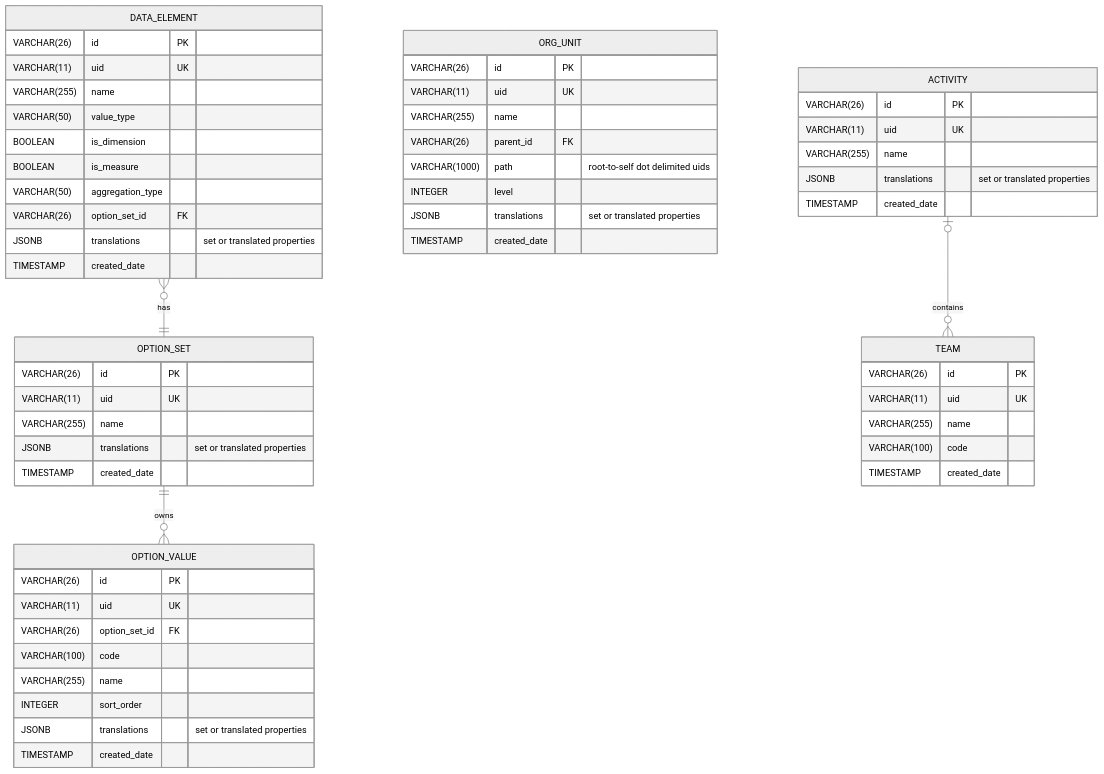
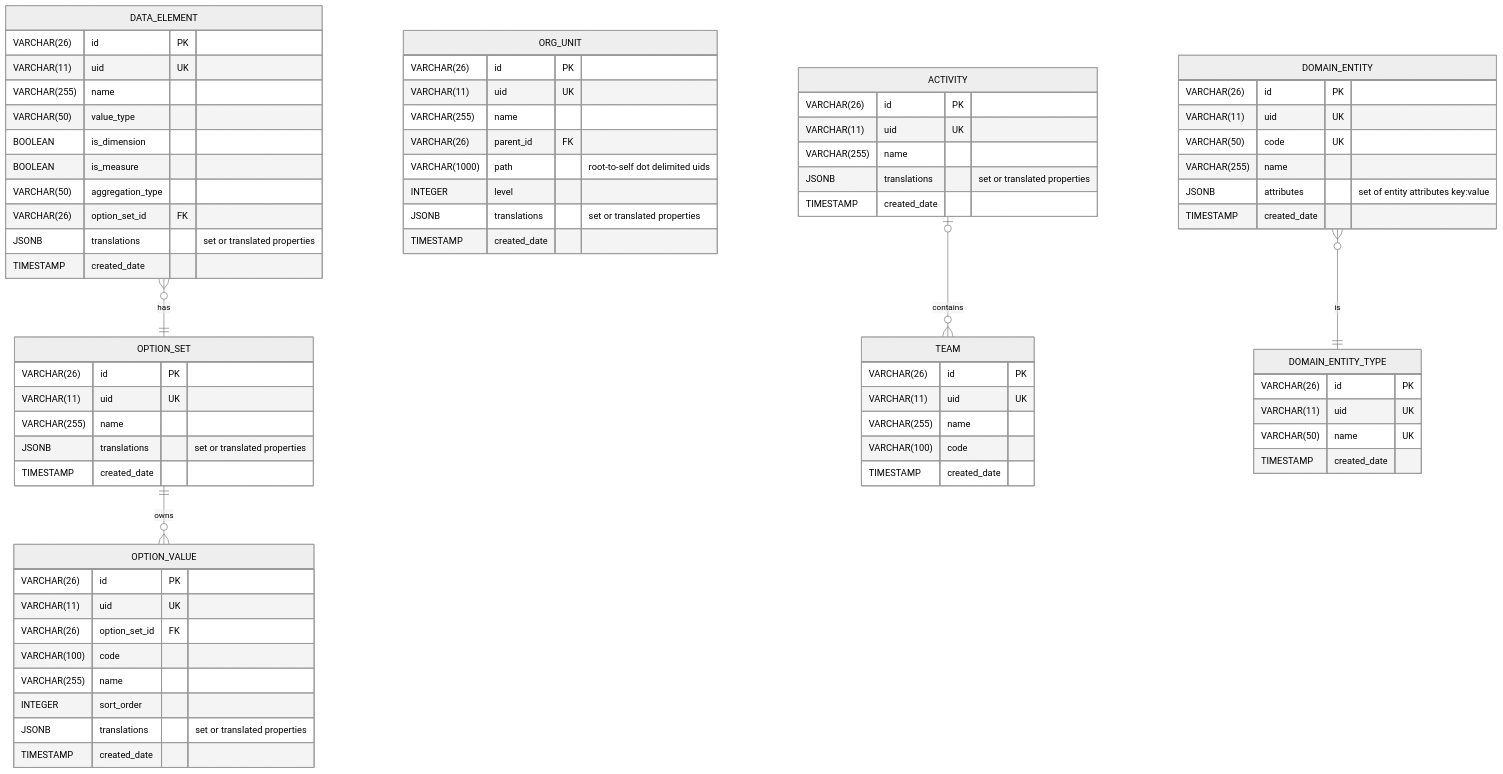
One commit to DataRun-ye/data-run-api changed the third of 5 diagrams in brainstorming-notes/datarun-analytics-grid/001-initial-project-status.md. Above: the diagram before and after it, drawn with Mermaid (neutral theme). The commit also changed other lines of this file and 137 other files, not shown here.

````diff
--- a/brainstorming-notes/datarun-analytics-grid/001-initial-project-status.md
+++ b/brainstorming-notes/datarun-analytics-grid/001-initial-project-status.md
@@ -90,65 +150,82 @@
 ```mermaid
 erDiagram
     DATA_ELEMENT {
         VARCHAR(26) id PK
         VARCHAR(11) uid UK
         VARCHAR(255) name
         VARCHAR(50) value_type
         BOOLEAN is_dimension
         BOOLEAN is_measure
         VARCHAR(50) aggregation_type
         VARCHAR(26) option_set_id FK
         JSONB translations "set or translated properties"
         TIMESTAMP created_date
     }
 
     OPTION_SET {
         VARCHAR(26) id PK
         VARCHAR(11) uid UK
         VARCHAR(255) name
         JSONB translations "set or translated properties"
         TIMESTAMP created_date
     }
 
     OPTION_VALUE {
         VARCHAR(26) id PK
         VARCHAR(11) uid UK
         VARCHAR(26) option_set_id FK
         VARCHAR(100) code
         VARCHAR(255) name
         INTEGER sort_order
         JSONB translations "set or translated properties"
         TIMESTAMP created_date
     }
 
     ORG_UNIT {
         VARCHAR(26) id PK
         VARCHAR(11) uid UK
         VARCHAR(255) name
         VARCHAR(26) parent_id FK
         VARCHAR(1000) path "root-to-self dot delimited uids"
         INTEGER level
         JSONB translations "set or translated properties"
         TIMESTAMP created_date
     }
 
     TEAM {
         VARCHAR(26) id PK
         VARCHAR(11) uid UK
         VARCHAR(255) name
         VARCHAR(100) code
         TIMESTAMP created_date
     }
 
     ACTIVITY {
         VARCHAR(26) id PK
         VARCHAR(11) uid UK
         VARCHAR(255) name
         JSONB translations "set or translated properties"
         TIMESTAMP created_date
     }
 
+    DOMAIN_ENTITY_TYPE {
+        VARCHAR(26) id PK
+        VARCHAR(11) uid UK
+        VARCHAR(50) name UK
+        TIMESTAMP created_date
+    }
+
+    DOMAIN_ENTITY {
+        VARCHAR(26) id PK
+        VARCHAR(11) uid UK
+        VARCHAR(50) code UK
+        VARCHAR(255) name
+        JSONB attributes "set of entity attributes key:value"
+        TIMESTAMP created_date
+    }
+
     DATA_ELEMENT }o--|| OPTION_SET: has
     OPTION_SET ||--o{ OPTION_VALUE: owns
     ACTIVITY |o--o{ TEAM: contains
+    DOMAIN_ENTITY }o--|| DOMAIN_ENTITY_TYPE: is
 ```
````
